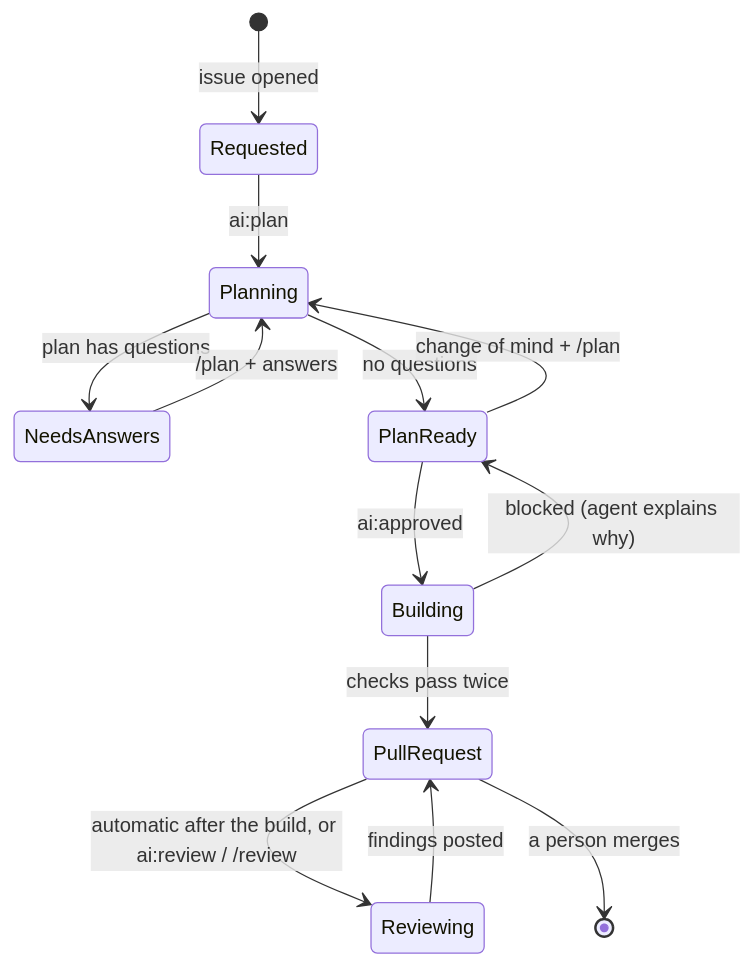
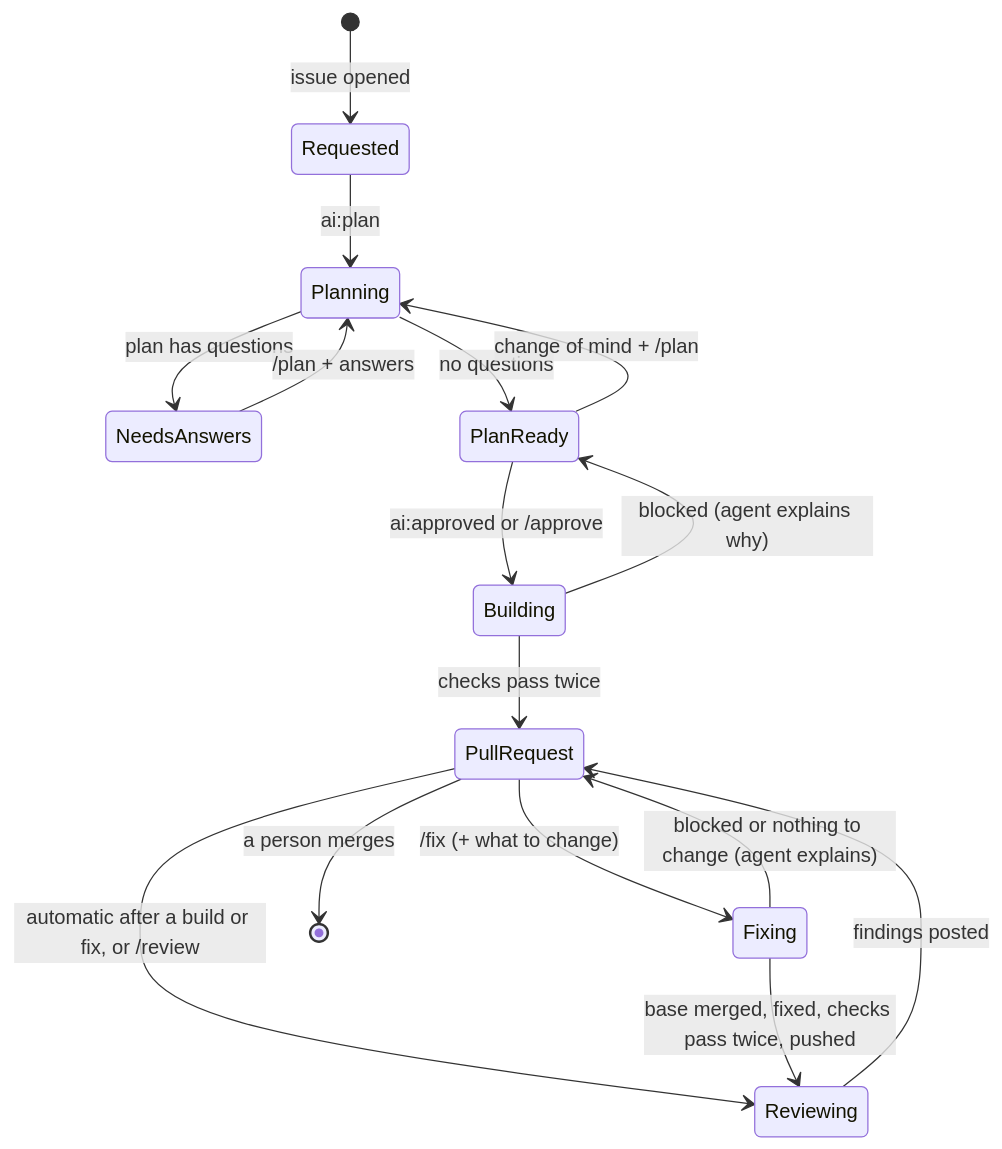
The first of 3 diagrams in docs/architecture.md (jmcfadden27/claude-code-dev-pipeline), drawn with Mermaid before and after one commit. The commit also changed other lines of this file and 34 other files, not shown here.

````diff
--- a/docs/architecture.md
+++ b/docs/architecture.md
@@ -59,15 +62,18 @@
 ```mermaid
 stateDiagram-v2
     [*] --> Requested: issue opened
     Requested --> Planning: ai:plan
     Planning --> NeedsAnswers: plan has questions
     NeedsAnswers --> Planning: /plan + answers
     Planning --> PlanReady: no questions
     PlanReady --> Planning: change of mind + /plan
-    PlanReady --> Building: ai:approved
     Building --> PlanReady: blocked (agent explains why)
+    PlanReady --> Building: ai:approved or /approve
     Building --> PullRequest: checks pass twice
-    PullRequest --> Reviewing: automatic after the build, or ai:review / /review
+    PullRequest --> Reviewing: automatic after a build or fix, or /review
     Reviewing --> PullRequest: findings posted
+    PullRequest --> Fixing: /fix (+ what to change)
+    Fixing --> Reviewing: base merged, fixed, checks pass twice, pushed
+    Fixing --> PullRequest: blocked or nothing to change (agent explains)
     PullRequest --> [*]: a person merges
 ```
````
